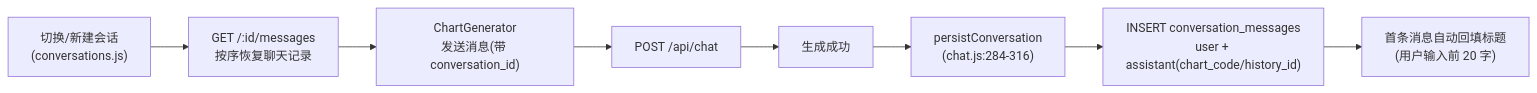
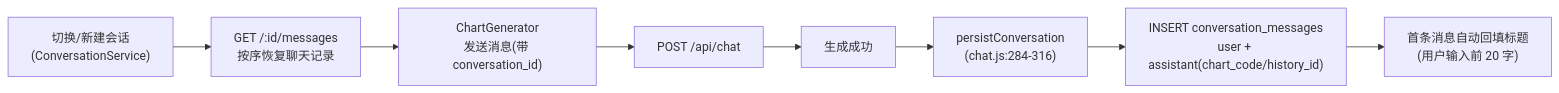
Before and after one commit to ljb202510/PGFPlotsGenerator: the fifth of 8 diagrams in docs/architecture.md, drawn with Mermaid. The commit also changed other lines of this file and 660 other files, not shown here.

````diff
--- a/docs/architecture.md
+++ b/docs/architecture.md
@@ -292,10 +292,10 @@
 ```mermaid
 flowchart LR
     A["ChartGenerator<br/>发送消息(带 conversation_id)"] --> B["POST /api/chat"]
     B --> C["生成成功"]
     C --> D["persistConversation<br/>(chat.js:284-316)"]
     D --> E["INSERT conversation_messages<br/>user + assistant(chart_code/history_id)"]
     E --> F["首条消息自动回填标题<br/>(用户输入前 20 字)"]
-    G["切换/新建会话<br/>(conversations.js)"] --> H["GET /:id/messages<br/>按序恢复聊天记录"]
+    G["切换/新建会话<br/>(ConversationService)"] --> H["GET /:id/messages<br/>按序恢复聊天记录"]
     H --> A
 ```
````
